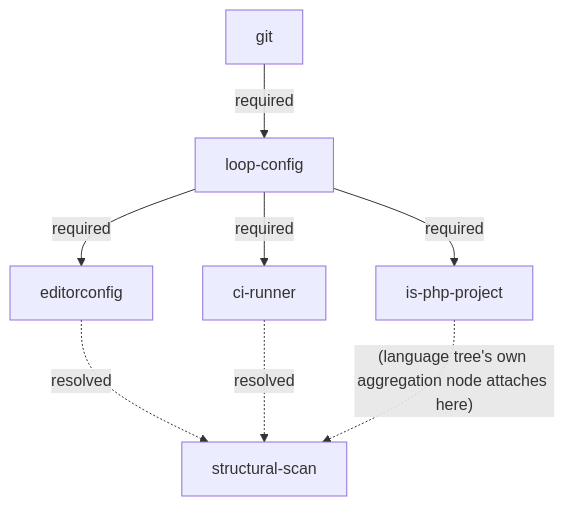
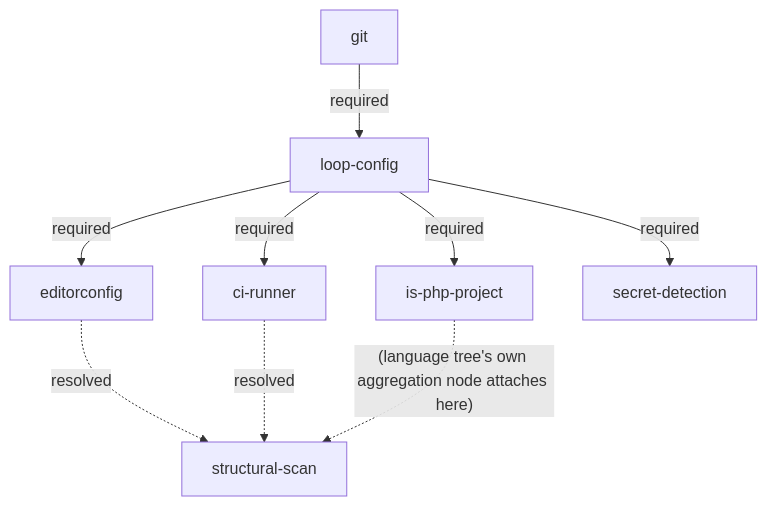
The diagram in skills/refactor-scan/references/tooling-tree.md (Art4/continuous-refactoring), drawn with Mermaid before and after one commit. The commit also changed other lines of this file and 35 other files, not shown here.

First line of the commit message:
Signal-producing tool nodes (PHPMD, secret detection); three PHP-tree edge simplifications

````diff
--- a/skills/refactor-scan/references/tooling-tree.md
+++ b/skills/refactor-scan/references/tooling-tree.md
@@ -7,17 +7,19 @@
 ```mermaid
 graph TD
     git[git]
     lc[loop-config]
     ipp[is-php-project]
     ci[ci-runner]
     edc[editorconfig]
+    sd[secret-detection]
     ss[structural-scan]
 
     git -->|required| lc
     lc -->|required| ipp
     lc -->|required| ci
     lc -->|required| edc
+    lc -->|required| sd
     edc -.->|resolved| ss
     ci -.->|resolved| ss
     ipp -.->|"(language tree's own aggregation node attaches here)"| ss
 ```
````
